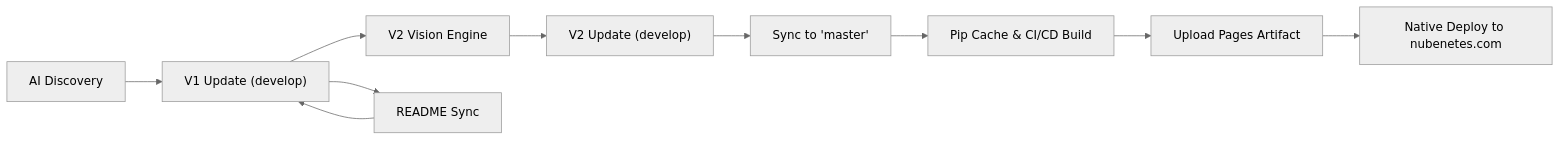
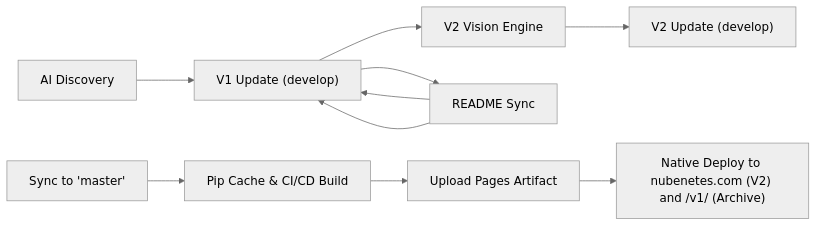
The tenth of 10 diagrams in README.md (sec-js/awesome-kubernetes), drawn with Mermaid (neutral theme) before and after one commit. The commit also changed other lines of this file, not shown here.

Commit message:
docs: synchronize README with V2 root deployment architecture [skip ci]

````diff
--- a/README.md
+++ b/README.md
@@ -900,12 +901,12 @@
 ```mermaid
 graph LR
     A["AI Discovery"] --> B["V1 Update (develop)"]
     B --> D["V2 Vision Engine"]
     B --> Z["README Sync"]
     D --> E["V2 Update (develop)"]
-    E --> M["Sync to 'master'"]
-    M --> C["Pip Cache & CI/CD Build"]
+    M["Sync to 'master'"] --> C["Pip Cache & CI/CD Build"]
     C --> F["Upload Pages Artifact"]
-    F --> G["Native Deploy to nubenetes.com"]
+    F --> G["Native Deploy to nubenetes.com (V2) and /v1/ (Archive)"]
+    Z --> B
     Z --> B
 ```
````
